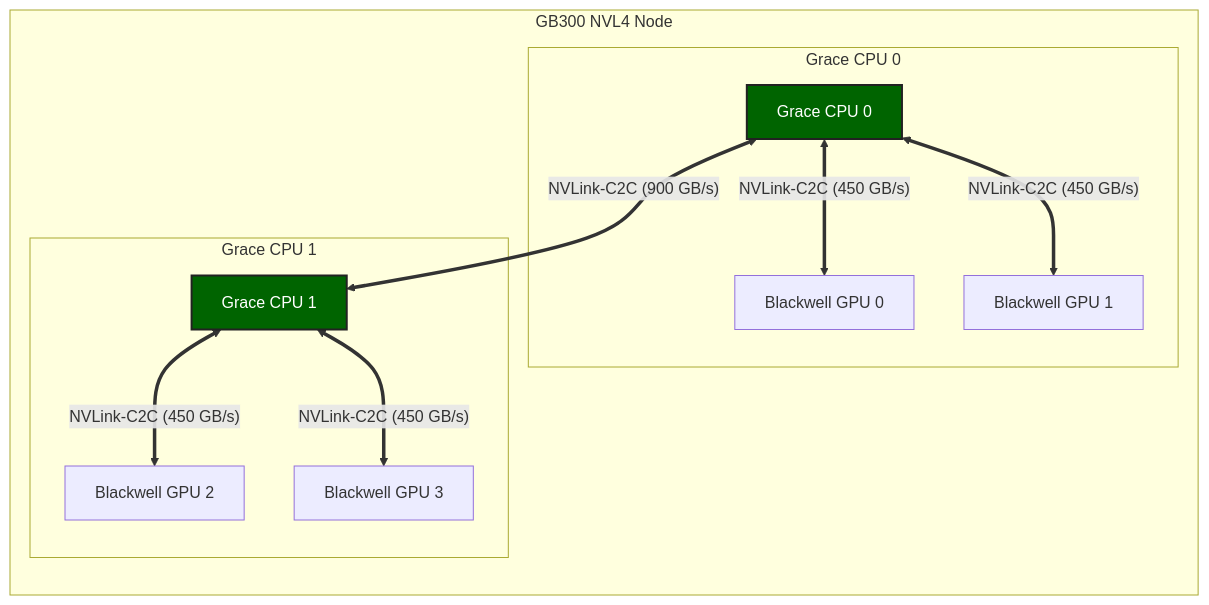
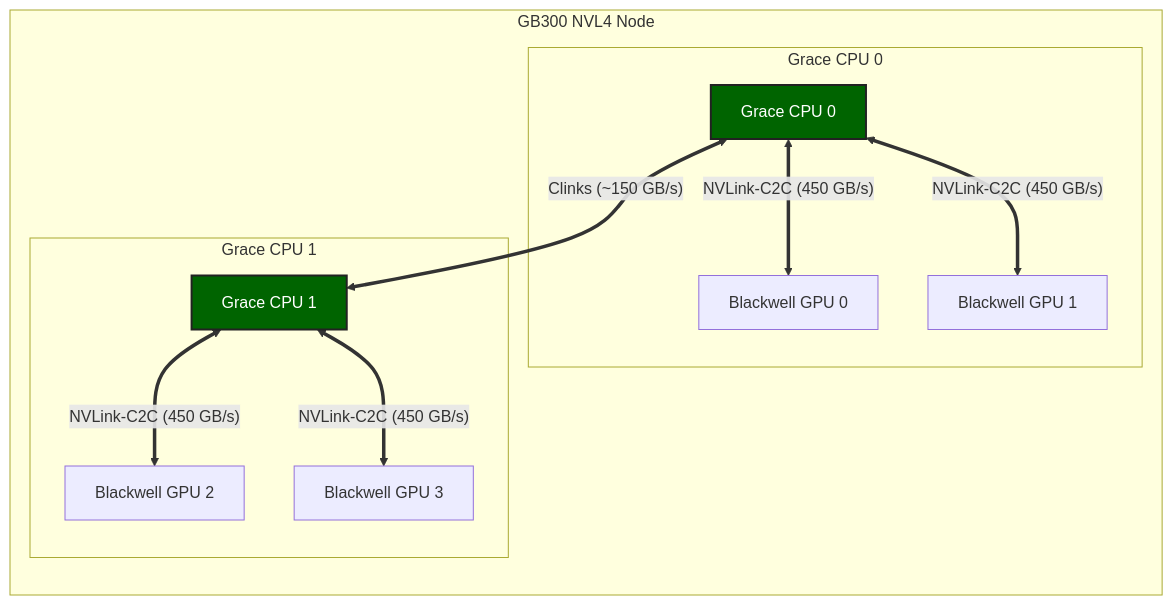
Before and after one commit to ForceInjection/AI-fundamentals: the diagram in 01_hardware_architecture/superchips/nvlink_c2c.md, drawn with Mermaid. The commit also changed other lines of this file and 18 other files, not shown here.

````diff
--- a/01_hardware_architecture/superchips/nvlink_c2c.md
+++ b/01_hardware_architecture/superchips/nvlink_c2c.md
@@ -171,29 +171,29 @@
 ```mermaid
 graph LR
     subgraph "GB300 NVL4 Node"
         subgraph "Grace CPU 0"
             CPU0[Grace CPU 0]
             GPU0[Blackwell GPU 0]
             GPU1[Blackwell GPU 1]
         end
 
         subgraph "Grace CPU 1"
             CPU1[Grace CPU 1]
             GPU2[Blackwell GPU 2]
             GPU3[Blackwell GPU 3]
         end
     end
 
     %% CPU 与 GPU Links (NVLink-C2C)
     CPU0 <== "NVLink-C2C (450 GB/s)" ==> GPU0
     CPU0 <== "NVLink-C2C (450 GB/s)" ==> GPU1
     CPU1 <== "NVLink-C2C (450 GB/s)" ==> GPU2
     CPU1 <== "NVLink-C2C (450 GB/s)" ==> GPU3
 
-    %% CPU 与 CPU Link (NVLink-C2C)
-    CPU0 <== "NVLink-C2C (900 GB/s)" ==> CPU1
+    %% CPU 与 CPU Link (Clinks，非 NVLink-C2C)
+    CPU0 <== "Clinks (~150 GB/s)" ==> CPU1
 
     %% Styling
     classDef green fill:#006400,stroke:#222,stroke-width:2px,color:#ffffff;
     class CPU0,CPU1 green;
 ```
````
